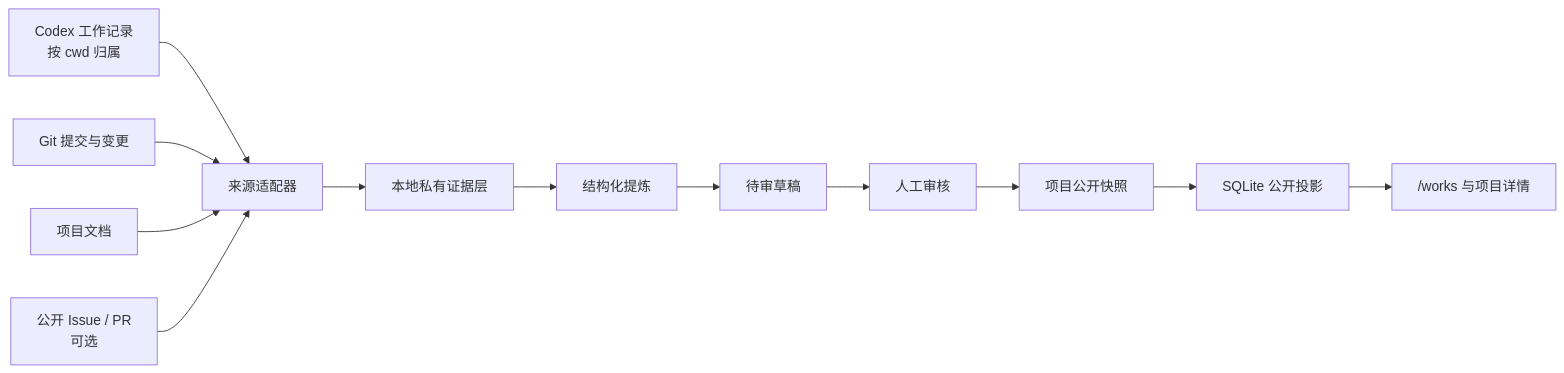
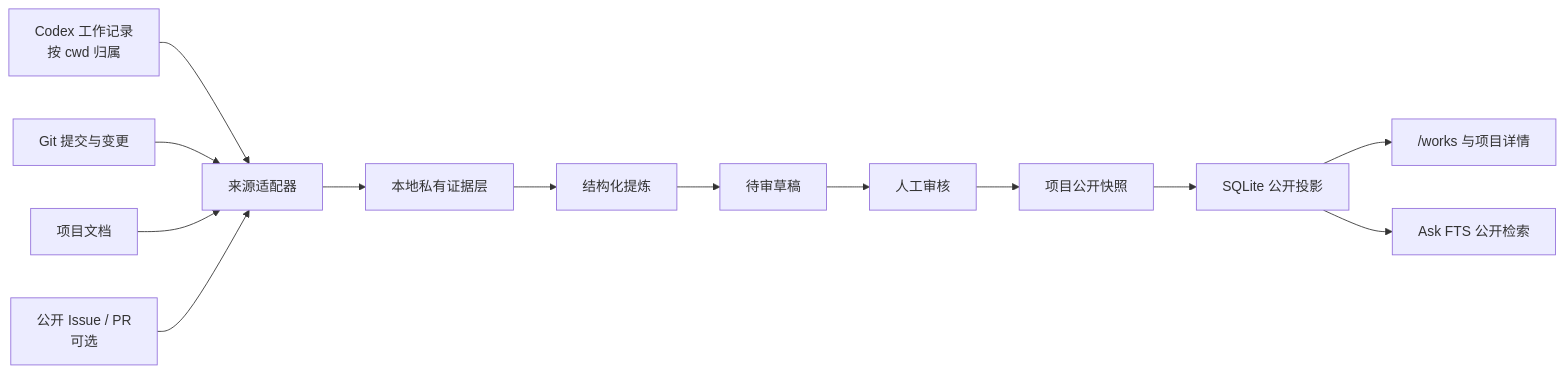
Before and after one commit to defulat-coder/personal-sites: the diagram in docs/project-practice-sync.md, drawn with Mermaid. The commit also changed other lines of this file and 43 other files, not shown here.

````diff
--- a/docs/project-practice-sync.md
+++ b/docs/project-practice-sync.md
@@ -27,14 +27,15 @@
 ```mermaid
 flowchart LR
   C["Codex 工作记录<br/>按 cwd 归属"] --> A["来源适配器"]
   G["Git 提交与变更"] --> A
   D["项目文档"] --> A
   H["公开 Issue / PR<br/>可选"] --> A
   A --> R["本地私有证据层"]
   R --> E["结构化提炼"]
   E --> Q["待审草稿"]
   Q --> V["人工审核"]
   V --> S["项目公开快照"]
   S --> P["SQLite 公开投影"]
   P --> W["/works 与项目详情"]
+  P --> K["Ask FTS 公开检索"]
 ```
````
